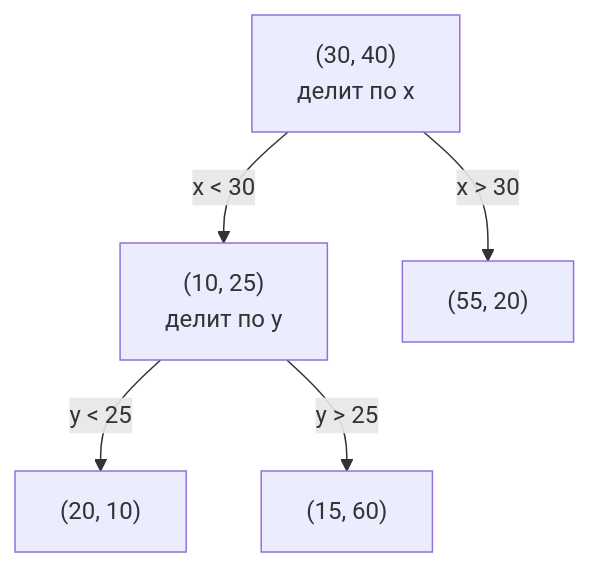
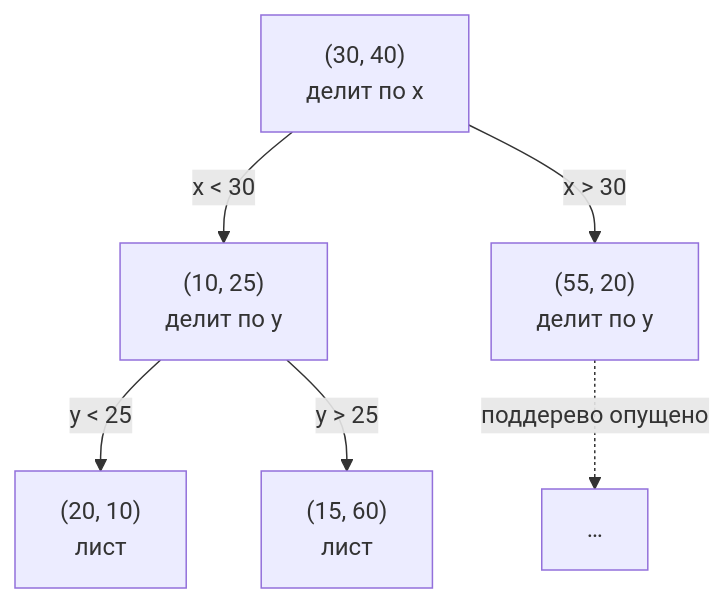
One commit to EvgeniiIvanov/algo changed the first of 3 diagrams in docs/algorithms/kd-dom-ast.md. Above: the diagram before and after it, drawn with Mermaid. The commit also changed other lines of this file and 3 other files, not shown here.

````diff
--- a/docs/algorithms/kd-dom-ast.md
+++ b/docs/algorithms/kd-dom-ast.md
@@ -35,7 +40,8 @@
 ```mermaid
 flowchart TD
     A["(30, 40)<br>делит по x"] -->|"x &lt; 30"| B["(10, 25)<br>делит по y"]
-    A -->|"x &gt; 30"| C["(55, 20)"]
-    B -->|"y &lt; 25"| D["(20, 10)"]
-    B -->|"y &gt; 25"| E["(15, 60)"]
+    A -->|"x &gt; 30"| C["(55, 20)<br>делит по y"]
+    B -->|"y &lt; 25"| D["(20, 10)<br>лист"]
+    B -->|"y &gt; 25"| E["(15, 60)<br>лист"]
+    C -.->|"поддерево опущено"| OMITTED["…"]
 ```
````
